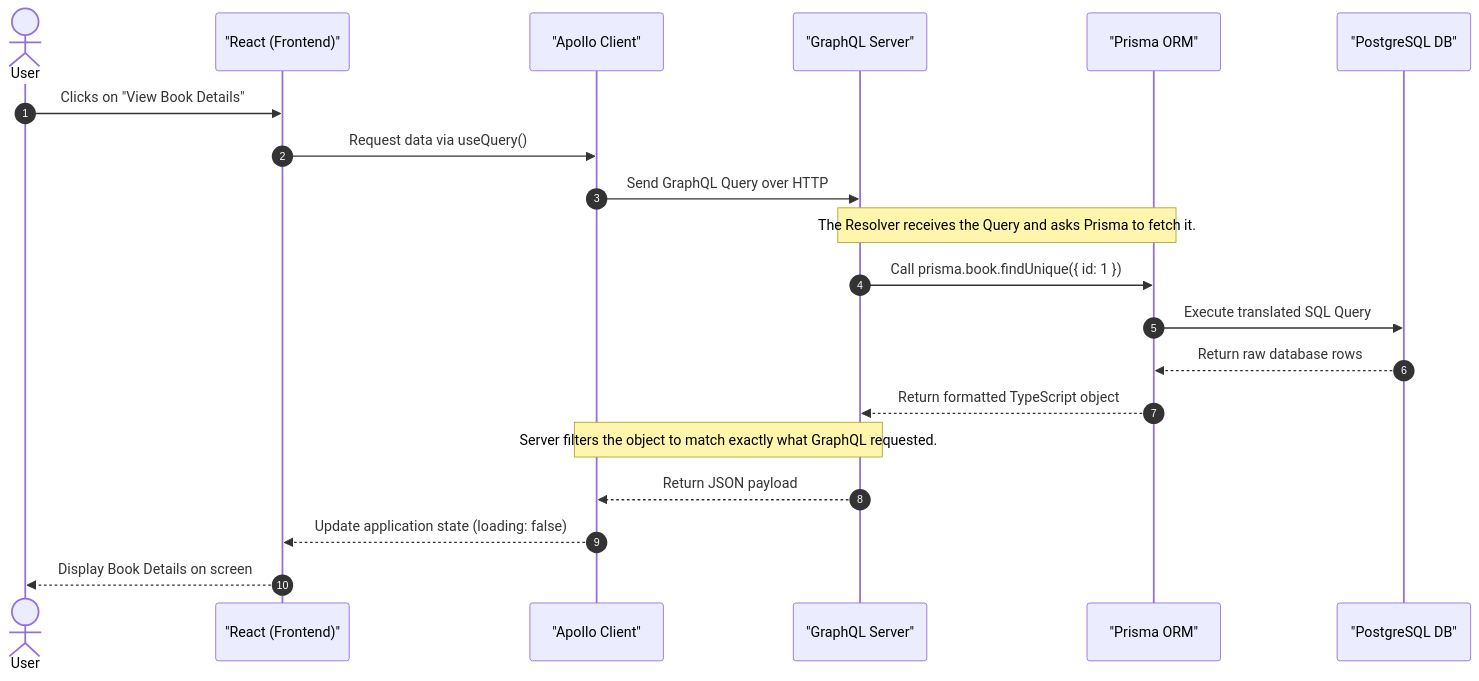
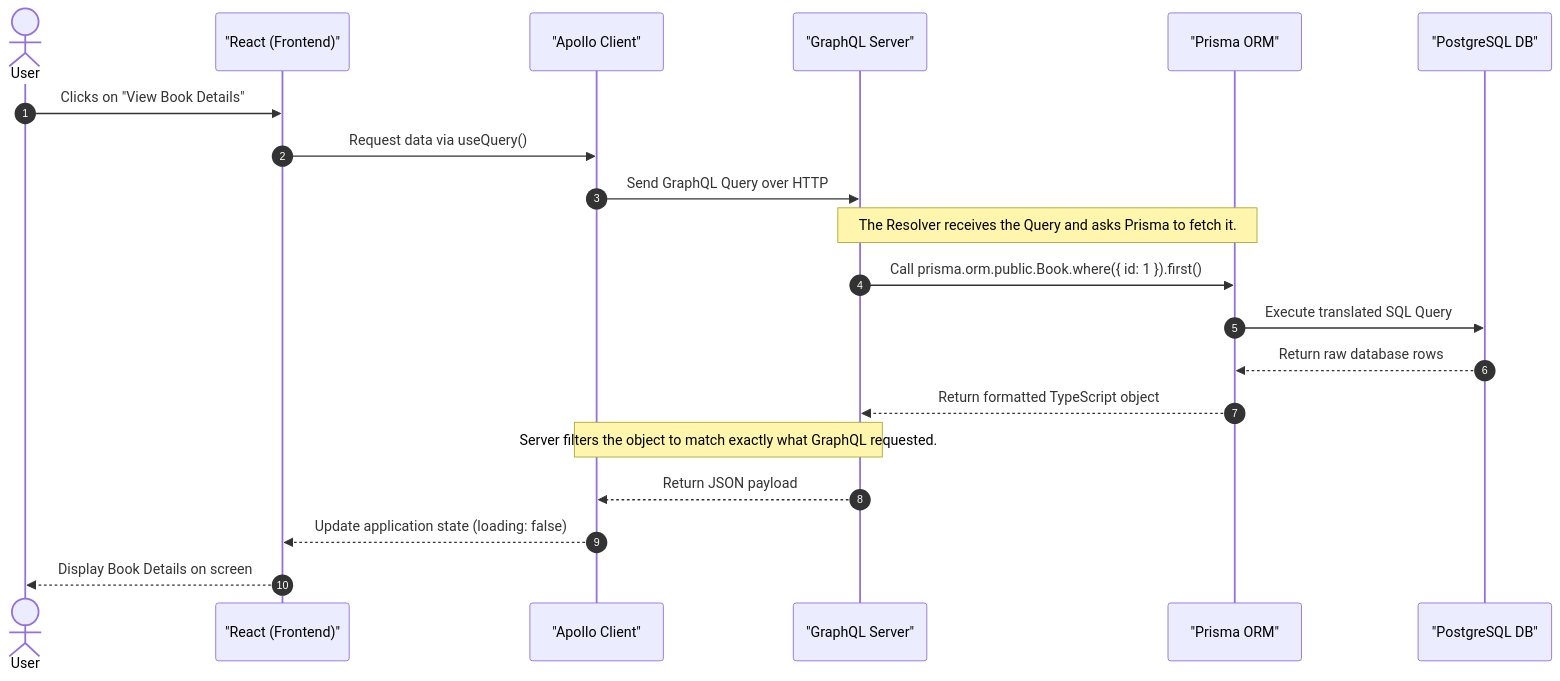
The diagram in README.md (limbuamardeep/bookstore), drawn with Mermaid before and after one commit. The commit also changed other lines of this file, not shown here.

````diff
--- a/README.md
+++ b/README.md
@@ -60,27 +250,27 @@
 ```mermaid
 sequenceDiagram
     autonumber
     actor User
     participant Frontend as "React (Frontend)"
     participant Apollo as "Apollo Client"
     participant Server as "GraphQL Server"
     participant Prisma as "Prisma ORM"
     participant DB as "PostgreSQL DB"
 
     User->>Frontend: Clicks on "View Book Details"
     Frontend->>Apollo: Request data via useQuery()
     Apollo->>Server: Send GraphQL Query over HTTP
     
     Note over Server,Prisma: The Resolver receives the Query and asks Prisma to fetch it.
     
-    Server->>Prisma: Call prisma.book.findUnique({ id: 1 })
+    Server->>Prisma: Call prisma.orm.public.Book.where({ id: 1 }).first()
     Prisma->>DB: Execute translated SQL Query
     DB-->>Prisma: Return raw database rows
     Prisma-->>Server: Return formatted TypeScript object
     
     Note over Apollo,Server: Server filters the object to match exactly what GraphQL requested.
     
     Server-->>Apollo: Return JSON payload
     Apollo-->>Frontend: Update application state (loading: false)
     Frontend-->>User: Display Book Details on screen
 ```
````
